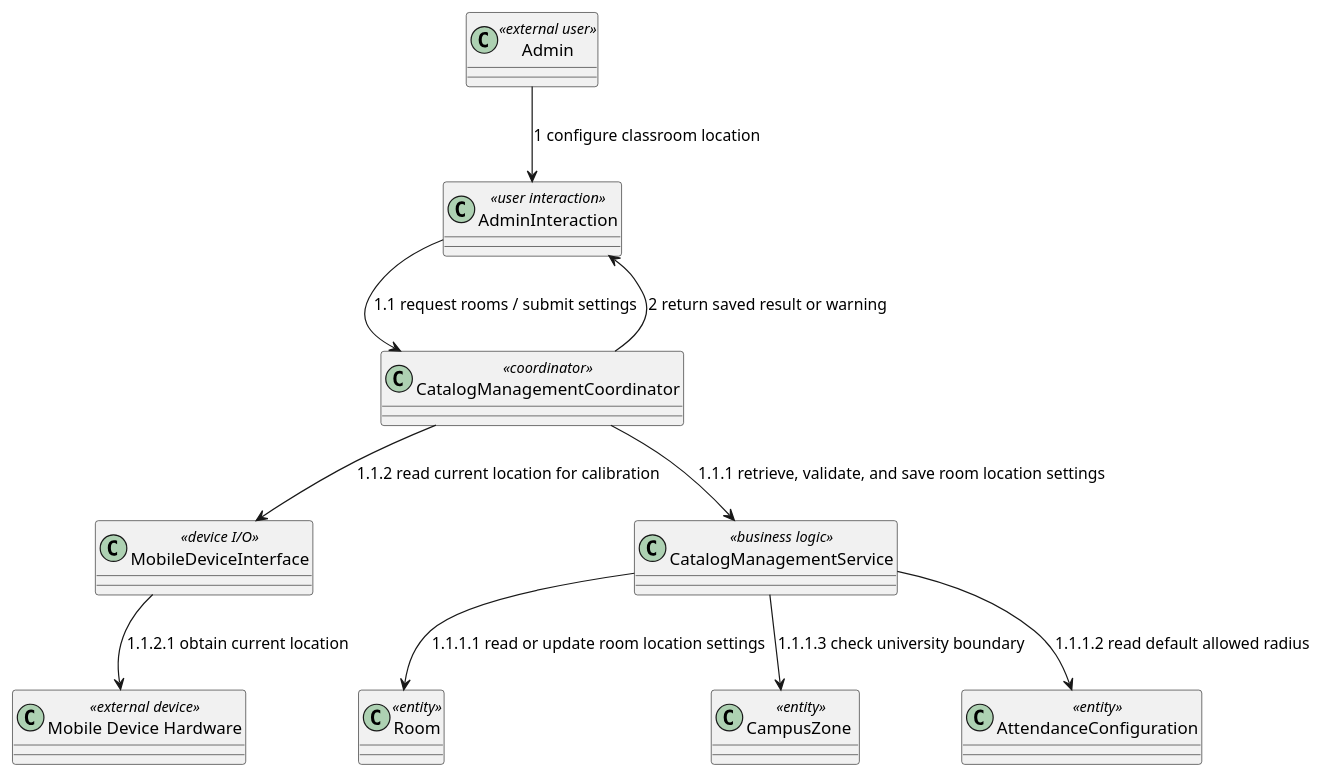
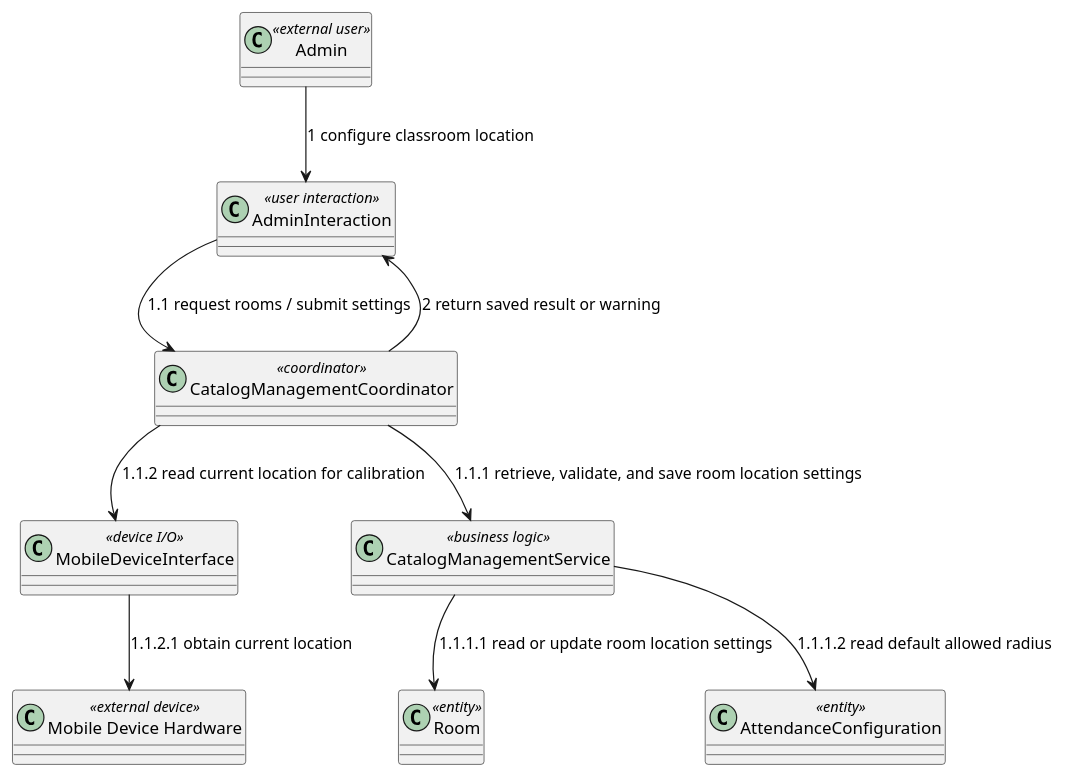
One commit to nttung42/SWD392 changed diagram 26 of 28 in docs/rds/2_Analysis.md. Above: the diagram before and after it, drawn with PlantUML. The commit also changed other lines of this file and 3 other files, not shown here.

Commit message:
remove campus zone

````diff
--- a/docs/rds/2_Analysis.md
+++ b/docs/rds/2_Analysis.md
@@ -1224,23 +1210,21 @@
 ```plantuml
 @startuml
 class "Admin" as Admin <<external user>>
 class "Mobile Device Hardware" as MobileHardware <<external device>>
 class "AdminInteraction" as AdminUI <<user interaction>>
 class "CatalogManagementCoordinator" as RoomControl <<coordinator>>
 class "MobileDeviceInterface" as MobileSensor <<device I/O>>
 class "CatalogManagementService" as LocationSettingRules <<business logic>>
 class "Room" as Room <<entity>>
-class "CampusZone " as CampusZone  <<entity>>
 class "AttendanceConfiguration" as AttendanceConfig <<entity>>
 
 Admin --> AdminUI : 1 configure classroom location
 AdminUI --> RoomControl : 1.1 request rooms / submit settings
 RoomControl --> LocationSettingRules : 1.1.1 retrieve, validate, and save room location settings
 LocationSettingRules --> Room : 1.1.1.1 read or update room location settings
 LocationSettingRules --> AttendanceConfig : 1.1.1.2 read default allowed radius
 RoomControl --> MobileSensor : 1.1.2 read current location for calibration
 MobileSensor --> MobileHardware : 1.1.2.1 obtain current location
-LocationSettingRules --> CampusZone  : 1.1.1.3 check university boundary
 RoomControl --> AdminUI : 2 return saved result or warning
 @enduml
 ```
````
